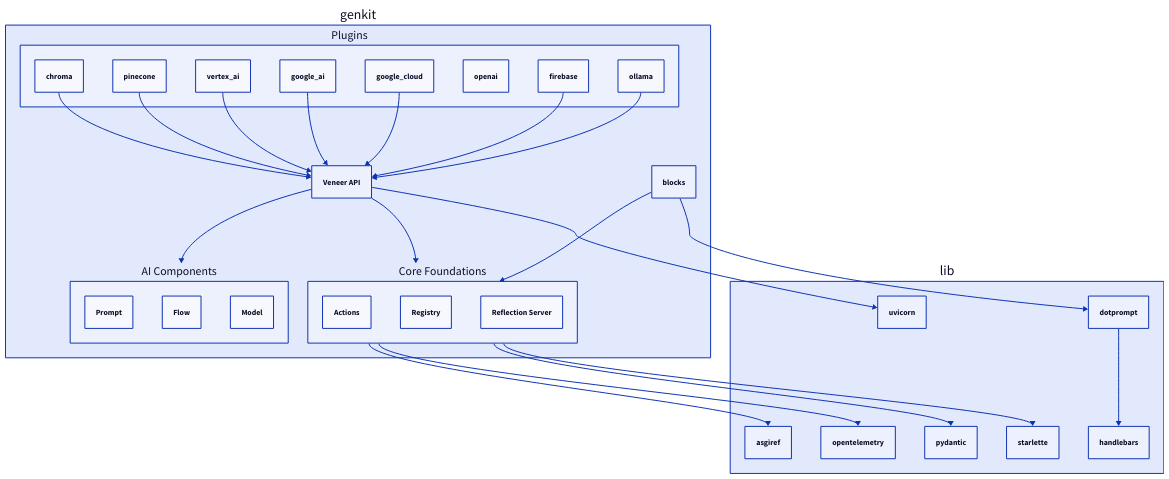
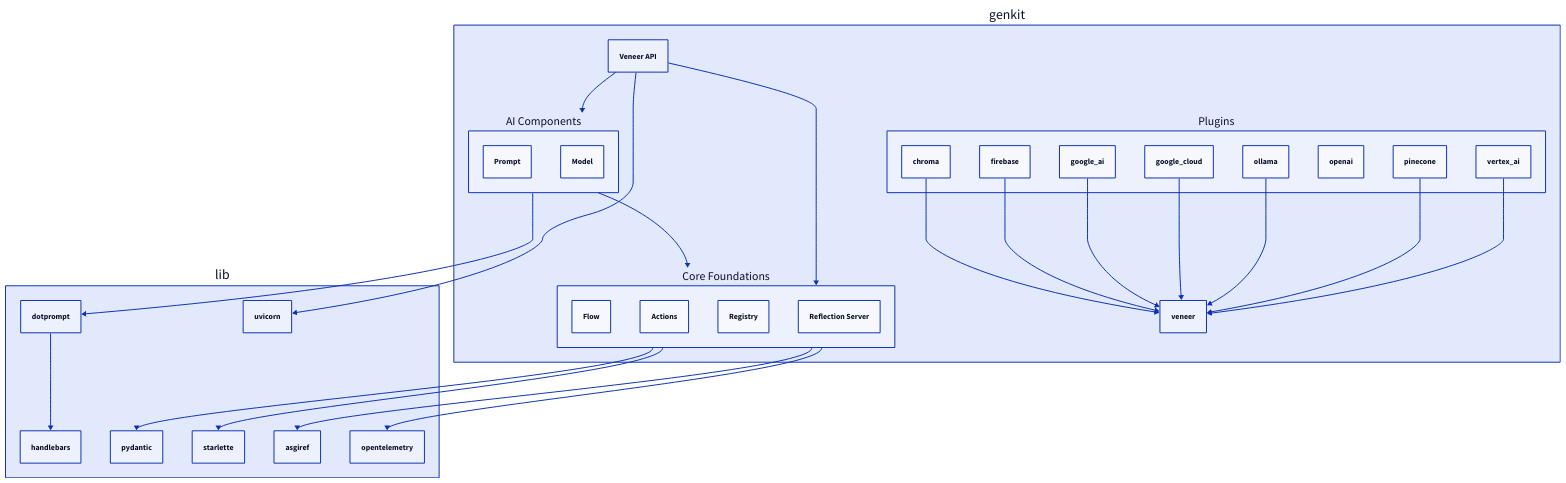
Before and after one commit to firebase/genkit: the first of 2 diagrams in py/engdoc/extending/index.md, drawn with D2. The commit also changed 1 other file, not shown here.

Commit message:
fix(docs): clean up dep diagram

````diff
--- a/py/engdoc/extending/index.md
+++ b/py/engdoc/extending/index.md
@@ -20,53 +20,53 @@
 ```d2
 genkit: {
-  veneer: Veneer API
-  ai: AI Components {
+  ai: Veneer API
+  blocks: AI Components {
     prompt: Prompt
-    flow: Flow
     model: Model
   }
   core: Core Foundations {
+    flow: Flow
     actions: Actions
     registry: Registry
     reflection_server: Reflection Server
   }
   plugins: Plugins {
     chroma
     pinecone
     vertex_ai
     google_ai
     google_cloud
     openai
     firebase
     ollama
   }
 }
 
 lib: {
   handlebars
   dotprompt
   pydantic
   starlette
   asgiref
   uvicorn
   opentelemetry
 }
 
 genkit.blocks -> genkit.core
 genkit.blocks -> lib.dotprompt
 genkit.core -> lib.asgiref
 genkit.core -> lib.opentelemetry
 genkit.core -> lib.pydantic
 genkit.core -> lib.starlette
 genkit.plugins.chroma -> genkit.veneer
 genkit.plugins.firebase -> genkit.veneer
 genkit.plugins.google_ai -> genkit.veneer
 genkit.plugins.google_cloud -> genkit.veneer
 genkit.plugins.ollama -> genkit.veneer
 genkit.plugins.pinecone -> genkit.veneer
 genkit.plugins.vertex_ai -> genkit.veneer
-genkit.veneer -> genkit.ai
-genkit.veneer -> genkit.core
-genkit.veneer -> lib.uvicorn
+genkit.ai -> genkit.blocks
+genkit.ai -> genkit.core
+genkit.ai -> lib.uvicorn
 lib.dotprompt -> lib.handlebars
 ```
````
